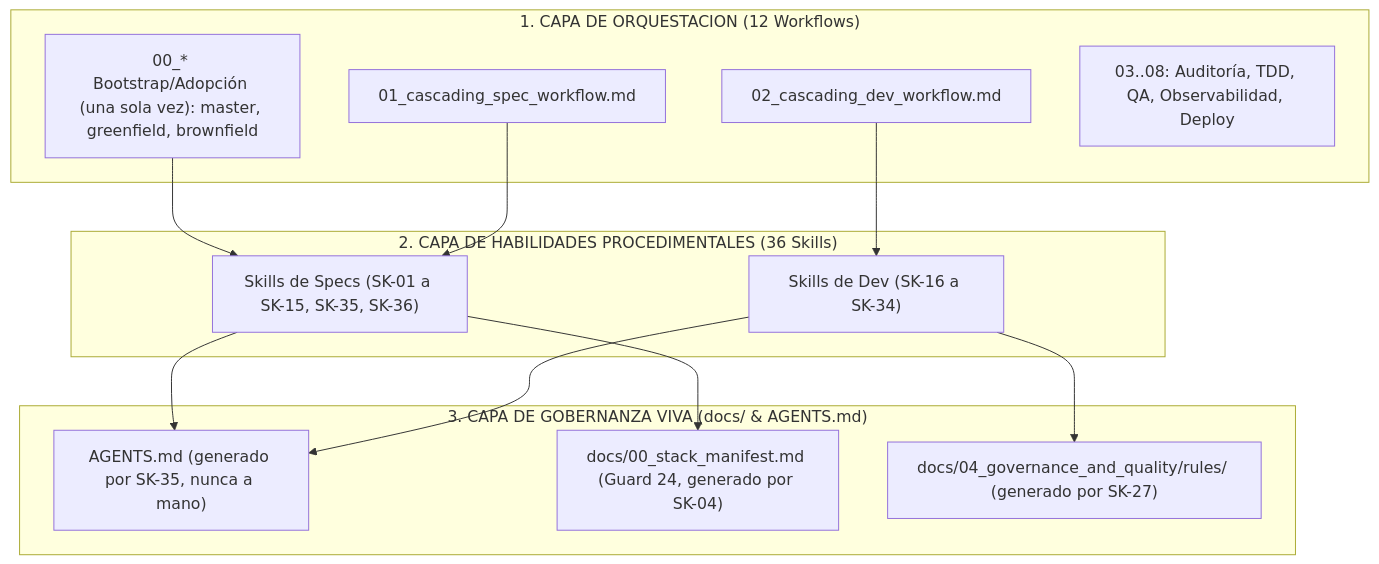
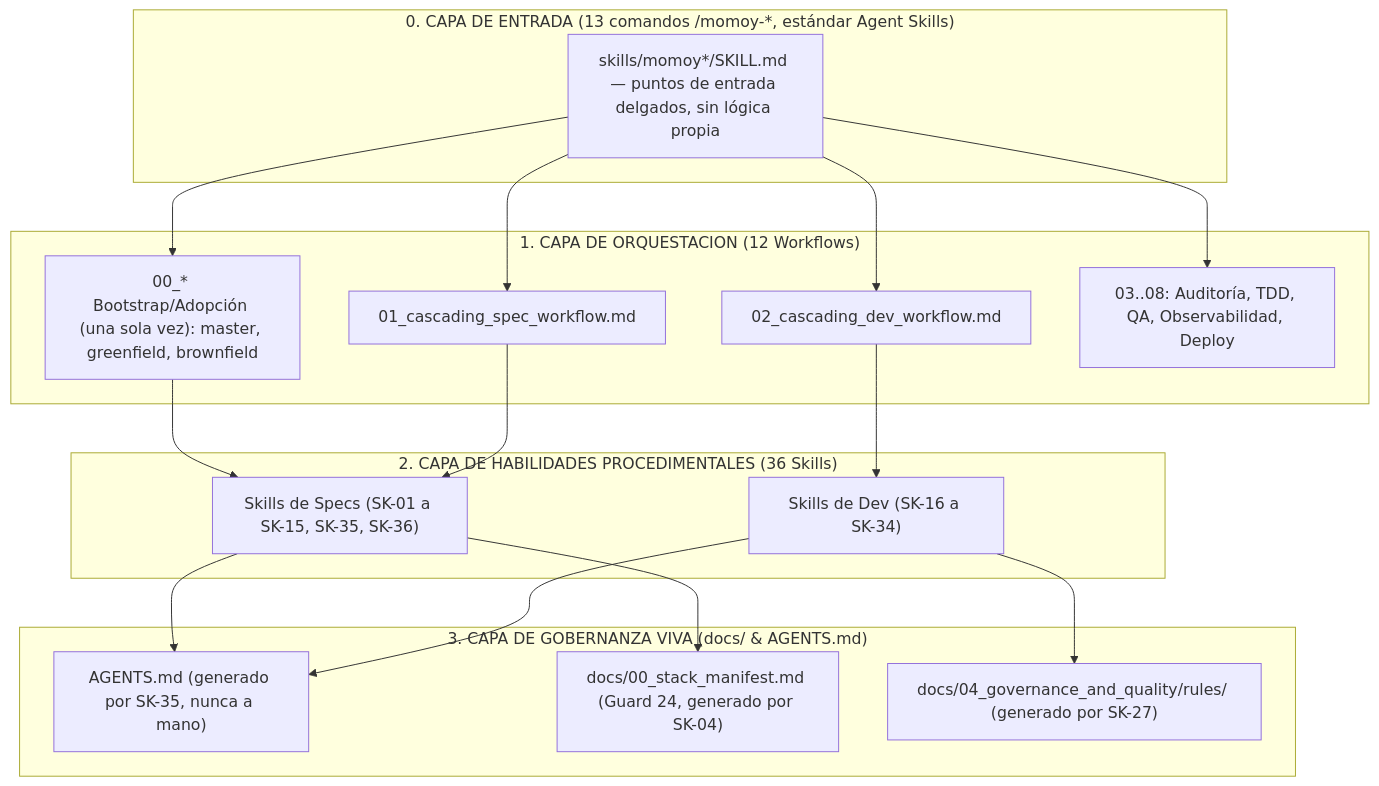
The diagram in .agents/README.md (lacruzjd/AI4Devs-finalproject), drawn with Mermaid before and after one commit. The commit also changed other lines of this file and 29 other files, not shown here.

First line of the commit message:
feat(agents): expose momoy workflows as /momoy-* Agent Skills commands [skip-tk]

````diff
--- a/.agents/README.md
+++ b/.agents/README.md
@@ -55,28 +55,36 @@
 ```mermaid
 flowchart TD
+    subgraph CAPA0 ["0. CAPA DE ENTRADA (13 comandos /momoy-*, estándar Agent Skills)"]
+        CMD["skills/momoy*/SKILL.md — puntos de entrada delgados, sin lógica propia"]
+    end
+
     subgraph CAPA1 ["1. CAPA DE ORQUESTACION (12 Workflows)"]
         W00["00_* Bootstrap/Adopción (una sola vez): master, greenfield, brownfield"]
         W01["01_cascading_spec_workflow.md"]
         W02["02_cascading_dev_workflow.md"]
         W0X["03..08: Auditoría, TDD, QA, Observabilidad, Deploy"]
     end
 
     subgraph CAPA2 ["2. CAPA DE HABILIDADES PROCEDIMENTALES (36 Skills)"]
         S_Spec["Skills de Specs (SK-01 a SK-15, SK-35, SK-36)"]
         S_Dev["Skills de Dev (SK-16 a SK-34)"]
     end
 
     subgraph CAPA3 ["3. CAPA DE GOBERNANZA VIVA (docs/ & AGENTS.md)"]
         AGENTS["AGENTS.md (generado por SK-35, nunca a mano)"]
         StackManifest["docs/00_stack_manifest.md (Guard 24, generado por SK-04)"]
         Rules["docs/04_governance_and_quality/rules/ (generado por SK-27)"]
     end
 
+    CMD --> W00
+    CMD --> W01
+    CMD --> W02
+    CMD --> W0X
     W00 --> S_Spec
     W01 --> S_Spec
     W02 --> S_Dev
     S_Spec --> AGENTS
     S_Spec --> StackManifest
     S_Dev --> AGENTS
     S_Dev --> Rules
 ```
````
